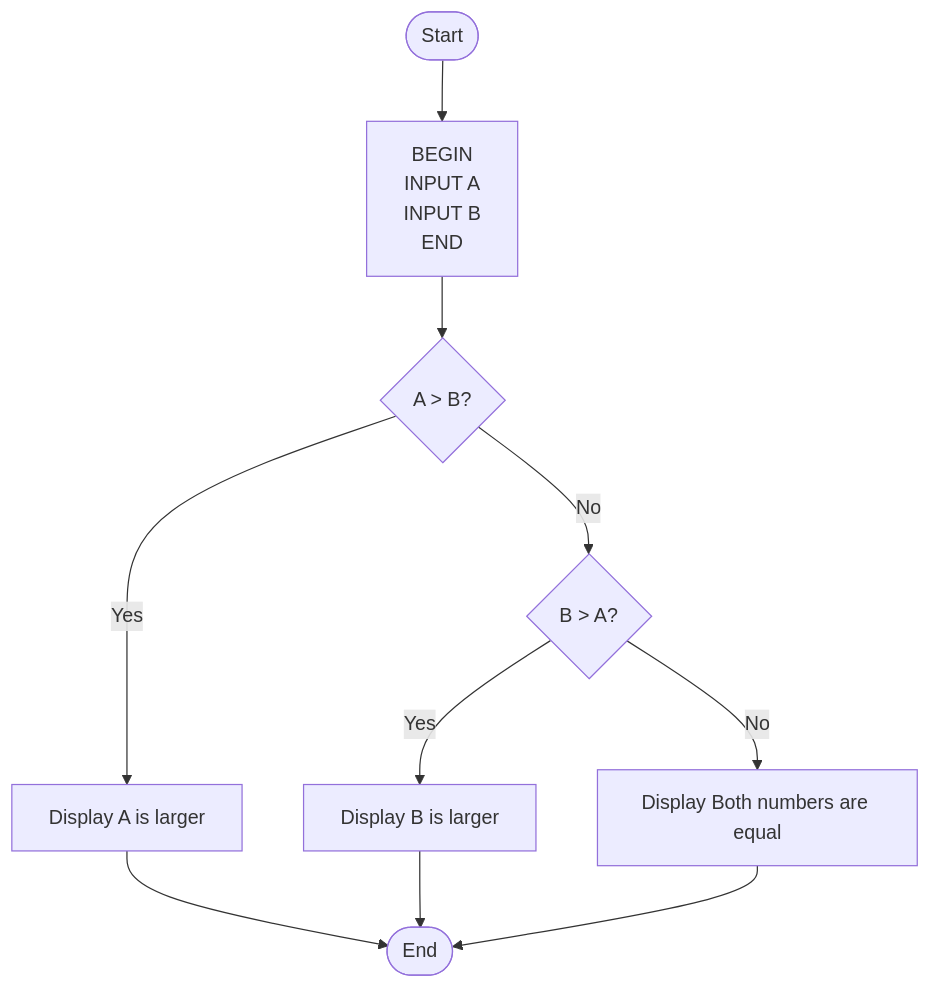
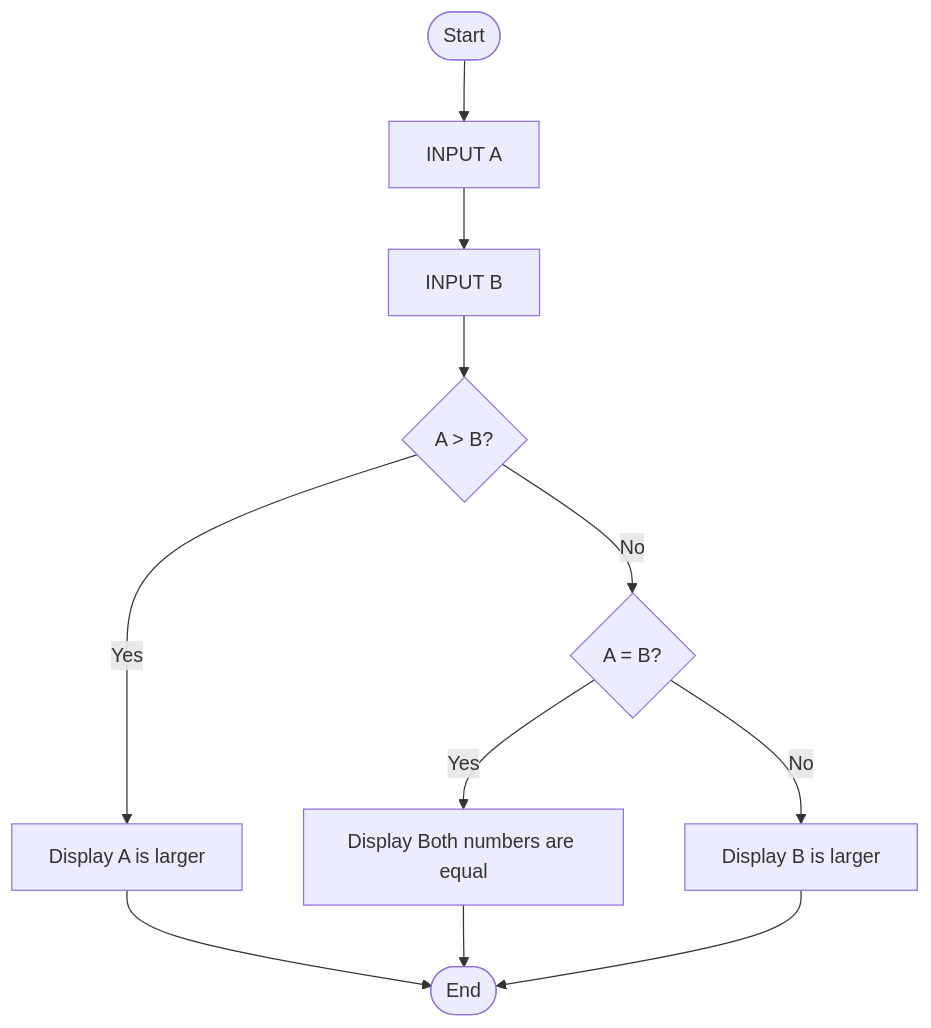
Before and after one commit to Gloriane7767/Exercise-Algorith-Flowchart-Mermaid: the first of 2 diagrams in README.md, drawn with Mermaid. The commit also changed other lines of this file, not shown here.

````diff
--- a/README.md
+++ b/README.md
@@ -31,15 +31,16 @@
 ```mermaid
 flowchart TD
-    A([Start]) --> P[BEGIN<br/>INPUT A<br/>INPUT B<br/>END]
-    P --> D{A > B?}
+    A([Start]) --> B[INPUT A]
+    B --> C[INPUT B]
+    C --> D{A > B?}
     
     D -->|Yes| E[Display A is larger]
-    D -->|No| F{B > A?}
+    D -->|No| F{A = B?}
     
-    F -->|Yes| G[Display B is larger]
-    F -->|No| H[Display Both numbers are equal]
+    F -->|Yes| G[Display Both numbers are equal]
+    F -->|No| H[Display B is larger]
     
     E --> I([End])
     G --> I([End])
     H --> I([End])
 ```
````
